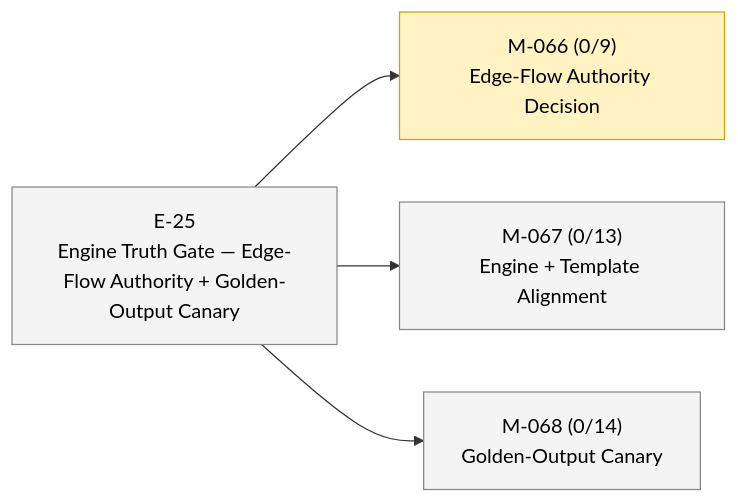
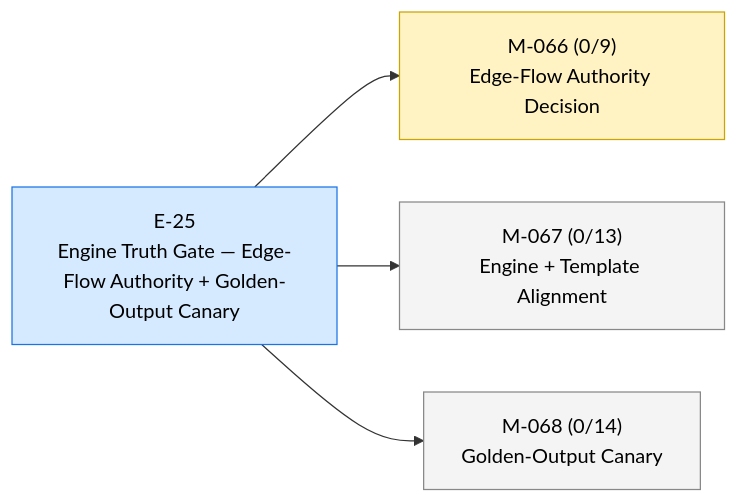
One commit to 23min/FlowTime changed the diagram in STATUS.md. Above: the diagram before and after it, drawn with Mermaid. The commit also changed other lines of this file and 1 other file, not shown here.

````diff
--- a/STATUS.md
+++ b/STATUS.md
@@ -29,16 +13,16 @@
 ```mermaid
 flowchart LR
-  E_25["E-25<br/>Engine Truth Gate — Edge-Flow Authority + Golden-Output Canary"]:::epic_proposed
+  E_25["E-25<br/>Engine Truth Gate — Edge-Flow Authority + Golden-Output Canary"]:::epic_active
   M_066["M-066 (0/9)<br/>Edge-Flow Authority Decision"]:::ms_in_progress
   E_25 --> M_066
   M_067["M-067 (0/13)<br/>Engine + Template Alignment"]:::ms_draft
   E_25 --> M_067
   M_068["M-068 (0/14)<br/>Golden-Output Canary"]:::ms_draft
   E_25 --> M_068
   classDef epic_active fill:#d6eaff,stroke:#1a73e8,color:#000
   classDef epic_proposed fill:#f4f4f4,stroke:#888,color:#000
   classDef ms_done fill:#d8f5d8,stroke:#2a8a2a,color:#000
   classDef ms_in_progress fill:#fff3c4,stroke:#caa400,color:#000
   classDef ms_draft fill:#f4f4f4,stroke:#888,color:#000
   classDef ms_cancelled fill:#fbeaea,stroke:#c33,color:#000
 ```
````
